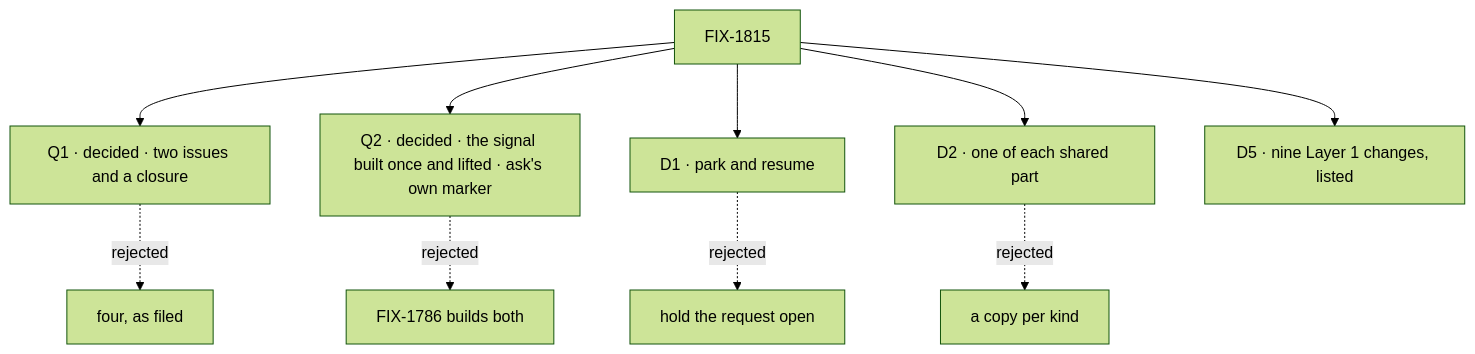
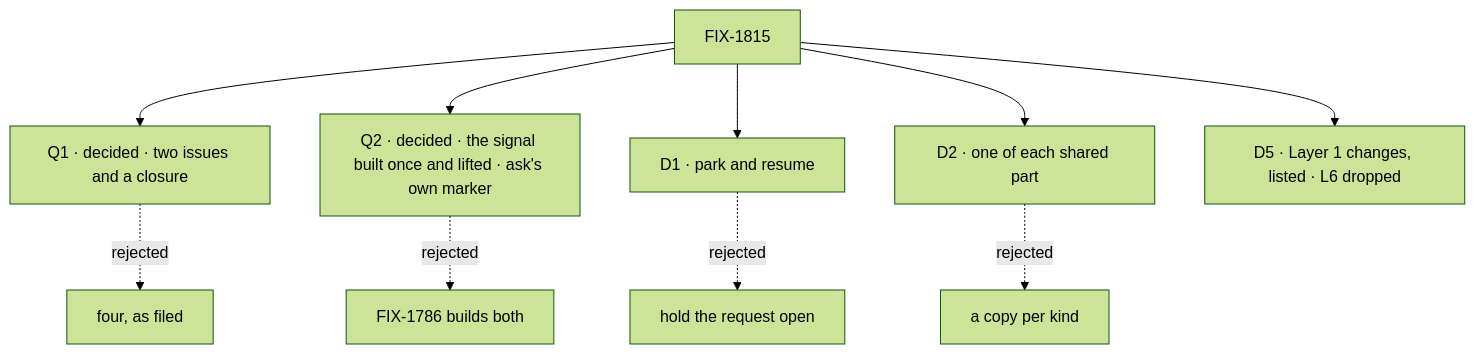
The diagram in specs/epics/FIX-1815/DECISIONS.md (fixpoint-labs/flow-state-dev), drawn with Mermaid (forest theme) before and after one commit. The commit also changed other lines of this file and 7 other files, not shown here.

````diff
--- a/specs/epics/FIX-1815/DECISIONS.md
+++ b/specs/epics/FIX-1815/DECISIONS.md
@@ -12,12 +14,12 @@
 ```mermaid
 flowchart TD
   E["FIX-1815"] --> Q1["Q1 · decided · two issues and a closure"]
   Q1 -.->|"rejected"| X1["four, as filed"]
   E --> Q2["Q2 · decided · the signal built once and lifted · ask's own marker"]
   Q2 -.->|"rejected"| X2["FIX-1786 builds both"]
   E --> D1["D1 · park and resume"]
   D1 -.->|"rejected"| X3["hold the request open"]
   E --> D2["D2 · one of each shared part"]
   D2 -.->|"rejected"| X4["a copy per kind"]
-  E --> D5["D5 · nine Layer 1 changes, listed"]
+  E --> D5["D5 · Layer 1 changes, listed · L6 dropped"]
 ```
````
